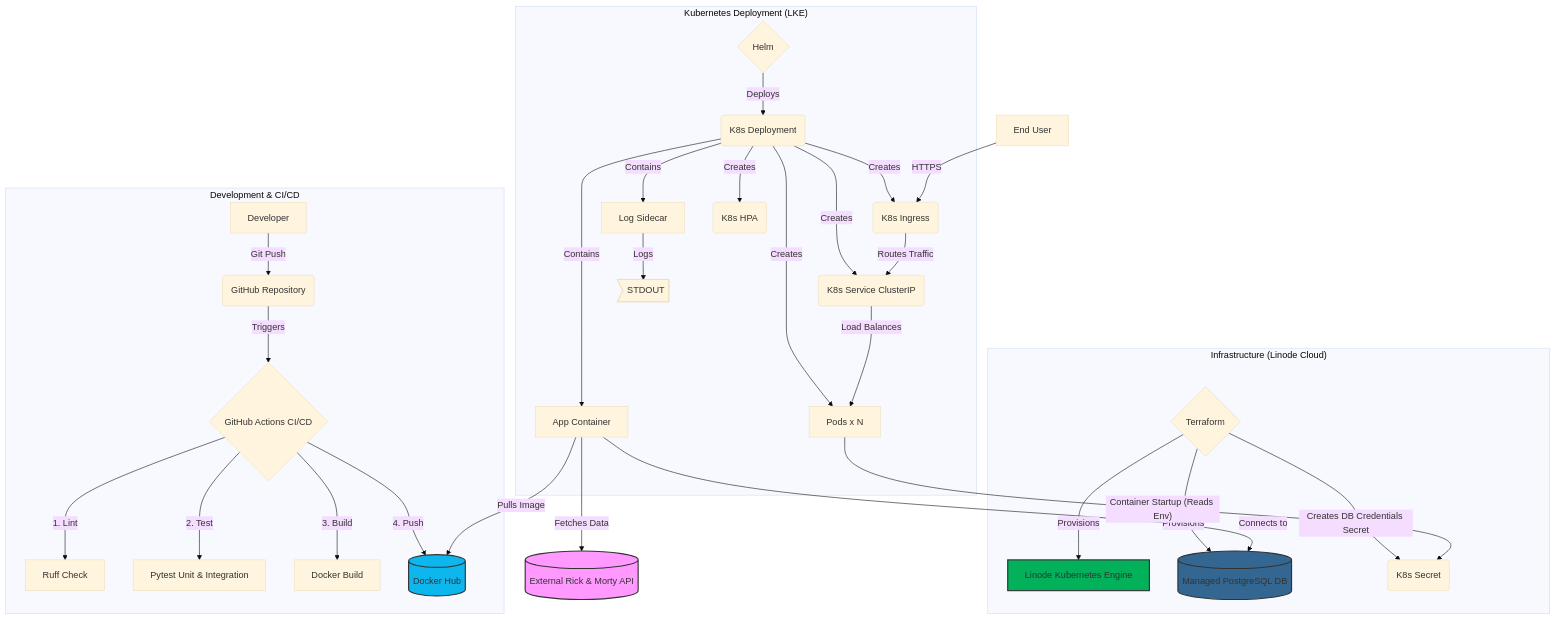
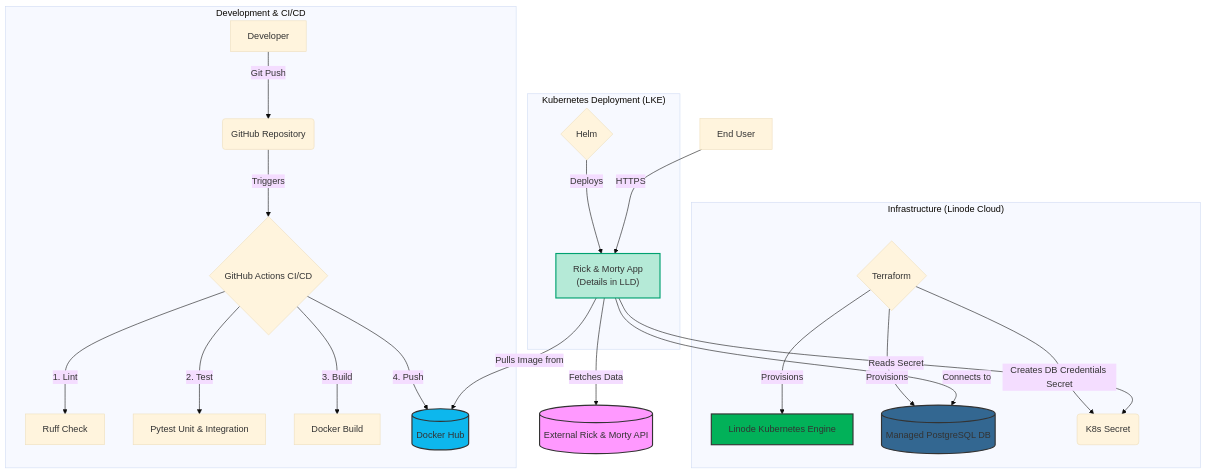
One commit to Prime267/rick-and-morty-app changed the first of 2 diagrams in README.md. Above: the diagram before and after it, drawn with Mermaid (base theme). The commit also changed other lines of this file, not shown here.

Commit message:
Update arch diagram

````diff
--- a/README.md
+++ b/README.md
@@ -20,41 +20,35 @@
 ```mermaid
 graph TD
     subgraph "Development & CI/CD"
         A[Developer] -- Git Push --> B(GitHub Repository)
         B -- Triggers --> C{GitHub Actions CI/CD}
         C -- 1. Lint --> D[Ruff Check]
         C -- 2. Test --> E[Pytest Unit & Integration]
         C -- 3. Build --> F[Docker Build]
         C -- 4. Push --> G[(Docker Hub)]
     end
 
     subgraph "Infrastructure (Linode Cloud)"
         H{Terraform} -- Provisions --> I[Linode Kubernetes Engine]
         H -- Provisions --> J[(Managed PostgreSQL DB)]
         H -- Creates DB Credentials Secret --> K(K8s Secret)
     end
 
     subgraph "Kubernetes Deployment (LKE)"
-        L{Helm} -- Deploys --> M(K8s Deployment)
-        M -- Creates --> N[Pods x N]
-        N -- Container Startup (Reads Env) --> K 
-        M -- Contains --> O[App Container]
-        M -- Contains --> P[Log Sidecar]
-        M -- Creates --> Q(K8s Service ClusterIP)
-        M -- Creates --> R(K8s Ingress)
-        M -- Creates --> S(K8s HPA)
-        O -- Pulls Image --> G
-        O -- Connects to --> J
-        P -- Logs --> T>STDOUT]
-        R -- Routes Traffic --> Q
-        Q -- Load Balances --> N
+        %% Helm тепер є "актором", що деплоїть ОДНУ сутність
+        L{Helm} -- Deploys --> APP_SYSTEM["Rick & Morty App<br>(Details in LLD)"]
+        
+        APP_SYSTEM -- Reads Secret --> K
+        APP_SYSTEM -- Pulls Image from --> G
+        APP_SYSTEM -- Connects to --> J
     end
 
-    U[End User] -- HTTPS --> R
-    O -- Fetches Data --> V[(External Rick & Morty API)]
+    U[End User] -- HTTPS --> APP_SYSTEM
+    APP_SYSTEM -- Fetches Data --> V[(External Rick & Morty API)]
 
     style G fill:#0db7ed,stroke:#333,stroke-width:2px
     style J fill:#336791,stroke:#333,stroke-width:2px
     style V fill:#f9f,stroke:#333,stroke-width:2px
     style I fill:#02b159,stroke:#333,stroke-width:2px
+    style APP_SYSTEM fill:#B5EAD7,stroke:#00A170,stroke-width:2px
 ```
````
